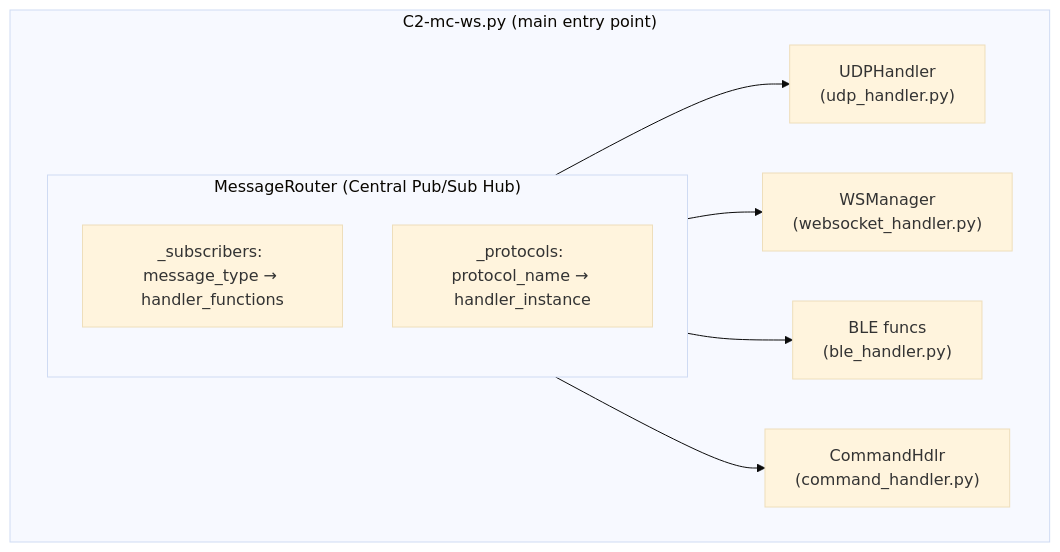
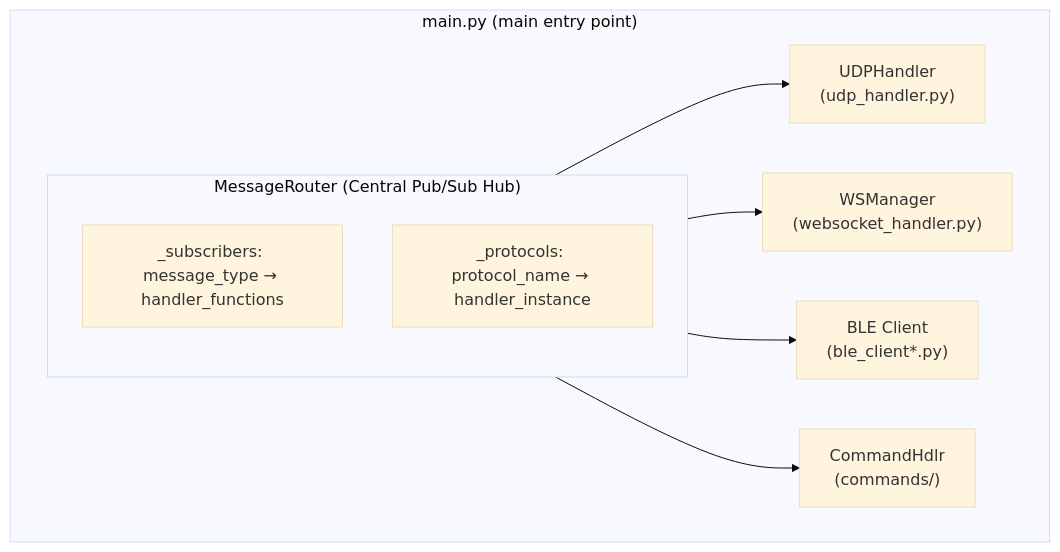
Before and after one commit to DK5EN/McApp: the third of 3 diagrams in CLAUDE.md, drawn with Mermaid (base theme). The commit also changed other lines of this file and 9 other files, not shown here.

````diff
--- a/CLAUDE.md
+++ b/CLAUDE.md
@@ -98,14 +122,14 @@
 ```mermaid
 flowchart TD
-    subgraph Main["C2-mc-ws.py (main entry point)"]
+    subgraph Main["main.py (main entry point)"]
         subgraph Router["MessageRouter (Central Pub/Sub Hub)"]
             SUBS["_subscribers: message_type → handler_functions"]
             PROTO["_protocols: protocol_name → handler_instance"]
         end
 
         Router --> UDPH["UDPHandler<br/>(udp_handler.py)"]
         Router --> WSM2["WSManager<br/>(websocket_handler.py)"]
-        Router --> BLEF["BLE funcs<br/>(ble_handler.py)"]
-        Router --> CMDH["CommandHdlr<br/>(command_handler.py)"]
+        Router --> BLEF["BLE Client<br/>(ble_client*.py)"]
+        Router --> CMDH["CommandHdlr<br/>(commands/)"]
     end
 ```
````
